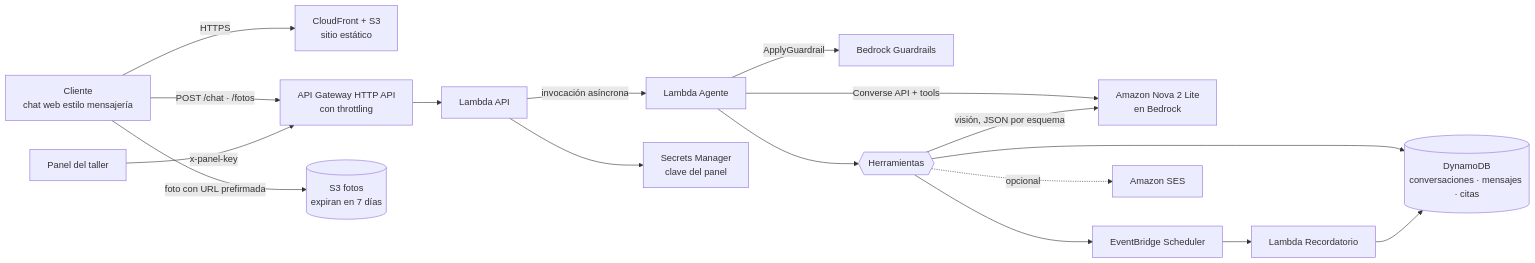
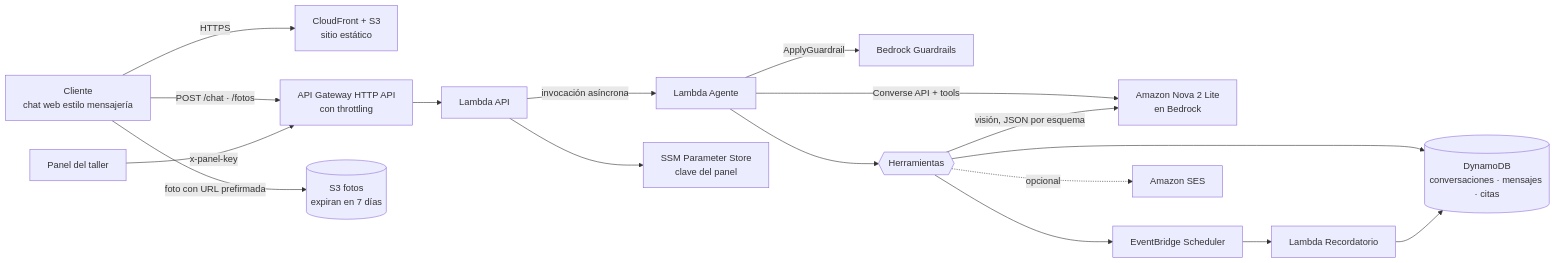
One commit to SantiagoLunaMir/AWS-Agent-Test changed the diagram in README.md. Above: the diagram before and after it, drawn with Mermaid. The commit also changed other lines of this file and 6 other files, not shown here.

First line of the commit message:
Clave del panel en Parameter Store en lugar de Secrets Manager

````diff
--- a/README.md
+++ b/README.md
@@ -17,18 +17,18 @@
 ```mermaid
 flowchart LR
     C[Cliente<br/>chat web estilo mensajería] -->|HTTPS| CF[CloudFront + S3<br/>sitio estático]
     C -->|POST /chat · /fotos| API[API Gateway HTTP API<br/>con throttling]
     C -->|foto con URL prefirmada| S3F[(S3 fotos<br/>expiran en 7 días)]
     API --> L1[Lambda API]
     L1 -->|invocación asíncrona| L2[Lambda Agente]
     L2 -->|ApplyGuardrail| G[Bedrock Guardrails]
     L2 -->|Converse API + tools| B[Amazon Nova 2 Lite<br/>en Bedrock]
     L2 --> T{{Herramientas}}
     T -->|visión, JSON por esquema| B
     T --> DDB[(DynamoDB<br/>conversaciones · mensajes · citas)]
     T --> SCH[EventBridge Scheduler]
     T -.->|opcional| SES[Amazon SES]
     SCH --> L3[Lambda Recordatorio] --> DDB
     P[Panel del taller] -->|x-panel-key| API
-    L1 --> SM[Secrets Manager<br/>clave del panel]
+    L1 --> SM[SSM Parameter Store<br/>clave del panel]
 ```
````
